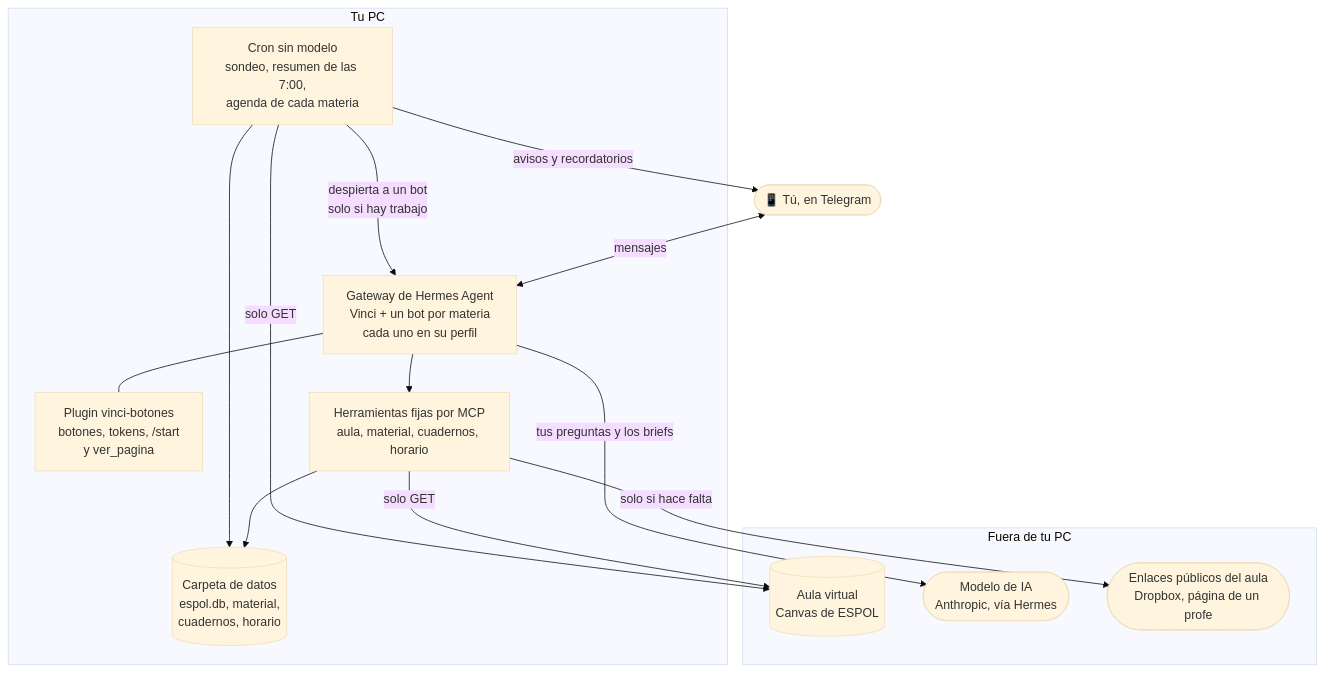
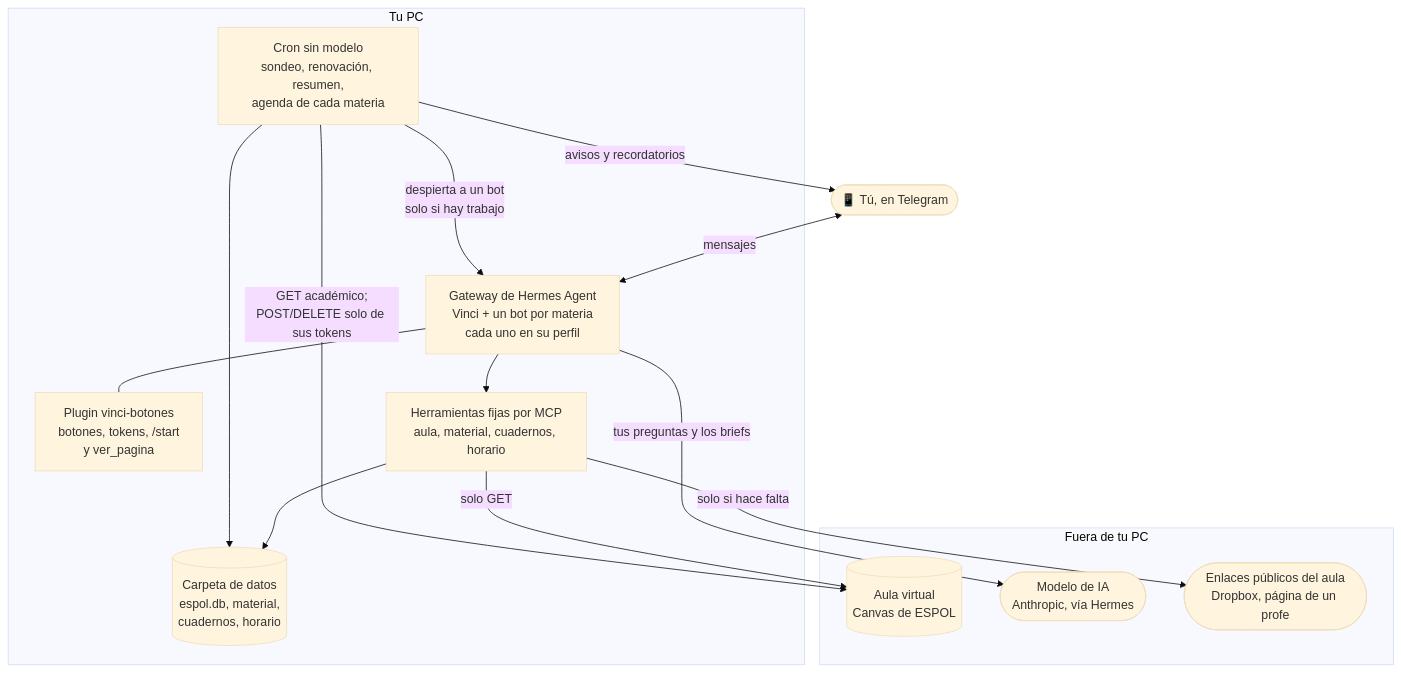
Before and after one commit to SebasB76/vinci: the diagram in README.md, drawn with Mermaid (base theme). The commit also changed other lines of this file and 11 other files, not shown here.

````diff
--- a/README.md
+++ b/README.md
@@ -68,30 +68,30 @@
 ```mermaid
 flowchart TB
     you(["📱 Tú, en Telegram"])
 
     subgraph pc["Tu PC"]
-        cron["Cron sin modelo<br/>sondeo, resumen de las 7:00,<br/>agenda de cada materia"]
+        cron["Cron sin modelo<br/>sondeo, renovación, resumen,<br/>agenda de cada materia"]
         gateway["Gateway de Hermes Agent<br/>Vinci + un bot por materia<br/>cada uno en su perfil"]
         plugin["Plugin vinci-botones<br/>botones, tokens, /start<br/>y ver_pagina"]
         tools["Herramientas fijas por MCP<br/>aula, material, cuadernos, horario"]
         data[("Carpeta de datos<br/>espol.db, material,<br/>cuadernos, horario")]
         cron -->|despierta a un bot<br/>solo si hay trabajo| gateway
         gateway --- plugin
         gateway --> tools
         cron --> data
         tools --> data
     end
 
     subgraph out["Fuera de tu PC"]
         canvas[("Aula virtual<br/>Canvas de ESPOL")]
         llm(["Modelo de IA<br/>Anthropic, vía Hermes"])
         web(["Enlaces públicos del aula<br/>Dropbox, página de un profe"])
     end
 
     you <-->|mensajes| gateway
     cron -->|avisos y recordatorios| you
-    cron -->|solo GET| canvas
+    cron -->|GET académico;<br/>POST/DELETE solo de sus tokens| canvas
     tools -->|solo GET| canvas
     gateway -->|tus preguntas y los briefs| llm
     tools -->|solo si hace falta| web
 ```
````
